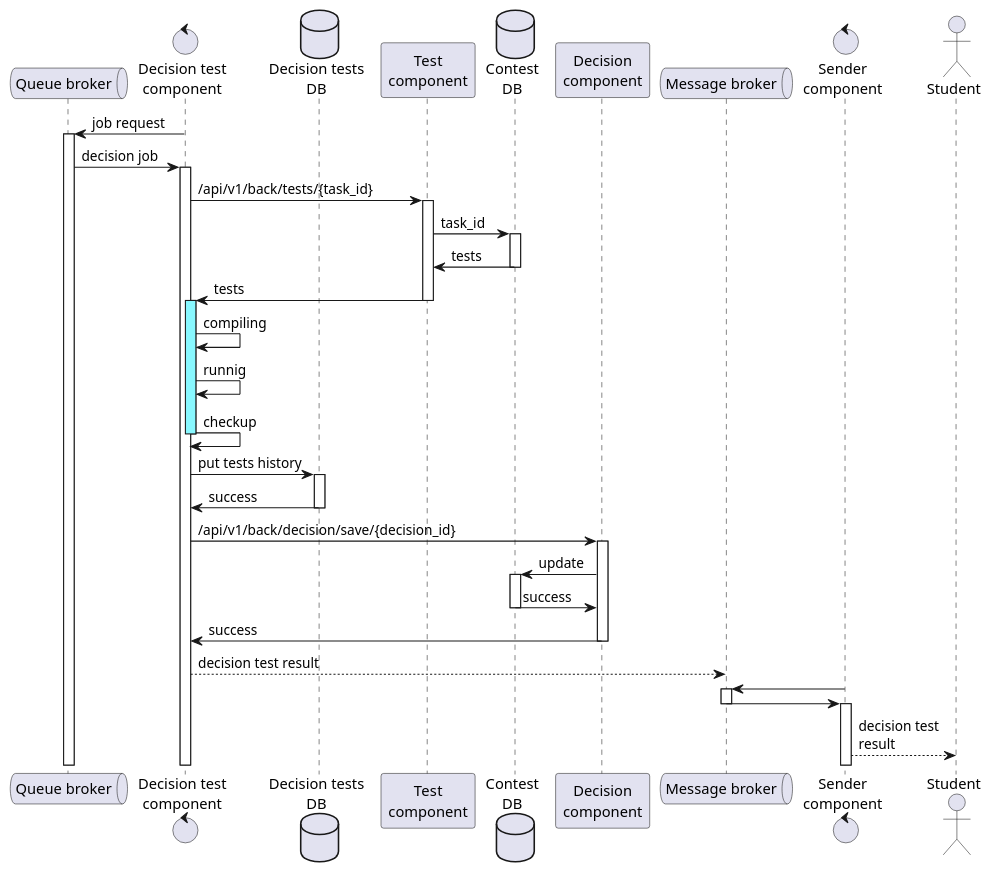
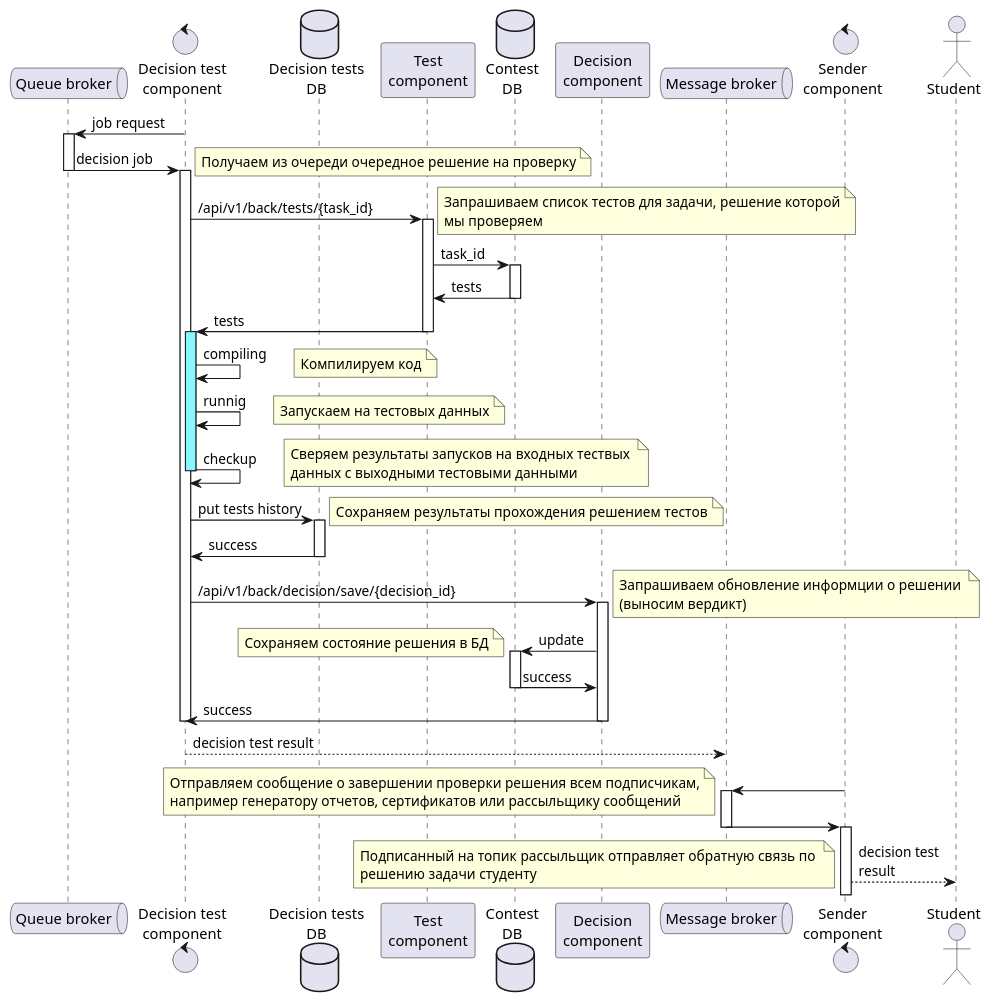
One commit to inutcin/codecontest changed the diagram in docs/dicisions/ADR-0003/wsd/sequence_decision_test.wsd. Above: the diagram before and after it, drawn with PlantUML. The commit also changed 2 other files, not shown here.

```diff
--- a/docs/dicisions/ADR-0003/wsd/sequence_decision_test.wsd
+++ b/docs/dicisions/ADR-0003/wsd/sequence_decision_test.wsd
@@ -1,62 +1,100 @@
 @startuml "Sequence decition test"
 
 queue "Queue broker" as queue
 control "Decision test\ncomponent" as decisiontest
 database "Decision tests\nDB" as decisiontestdb
 participant "Test\ncomponent" as test
 database "Contest\nDB" as contestdb 
 participant "Decision\ncomponent" as decision 
 queue "Message broker" as message
 control "Sender\ncomponent" as sender
 actor "Student" as student
 
 decisiontest -> queue: job request
 activate queue
 
 queue -> decisiontest: decision job
+note right
+    Получаем из очереди очередное решение на проверку
+end note
+deactivate queue
 
 activate decisiontest
 decisiontest -> test: /api/v1/back/tests/{task_id}
 activate test
+note right
+    Запрашиваем список тестов для задачи, решение которой
+    мы проверяем
+end note
 
 test -> contestdb: task_id 
 activate contestdb
 contestdb -> test: tests
 deactivate contestdb
 
 test -> decisiontest: tests
 deactivate test
 
 
 activate decisiontest #88F8FF
 decisiontest -> decisiontest: compiling
+note right
+    Компилируем код
+end note
 decisiontest -> decisiontest: runnig
+note right
+    Запускаем на тестовых данных
+end note
 decisiontest -> decisiontest: checkup
+note right
+    Сверяем результаты запусков на входных тествых 
+    данных с выходными тестовыми данными
+end note
 deactivate decisiontest
 
 decisiontest ->decisiontestdb: put tests history
 activate decisiontestdb
+note right
+    Сохраняем результаты прохождения решением тестов
+end note
 decisiontestdb -> decisiontest: success
 deactivate decisiontestdb
 
 decisiontest -> decision: /api/v1/back/decision/save/{decision_id}
 activate decision
+note right
+    Запрашиваем обновление информции о решении 
+    (выносим вердикт)
+end note
 decision -> contestdb: update
 activate contestdb
+note left
+    Сохраняем состояние решения в БД
+end note
 contestdb -> decision: success
 deactivate contestdb
 
 decision -> decisiontest: success
 deactivate decision
+deactivate decisiontest
 decisiontest --> message: decision test result    
 
 sender -> message
 activate message
+note left
+    Отправляем сообщение о завершении проверки решения всем подписчикам,
+    например генератору отчетов, сертификатов или рассыльщику сообщений
+end note
+
 message -> sender
 deactivate message
 activate sender
 sender --> student: decision test\nresult 
+note left
+    Подписанный на топик рассыльщик отправляет обратную связь по 
+    решению задачи студенту
+end note
 
 
 
 @enduml
```
